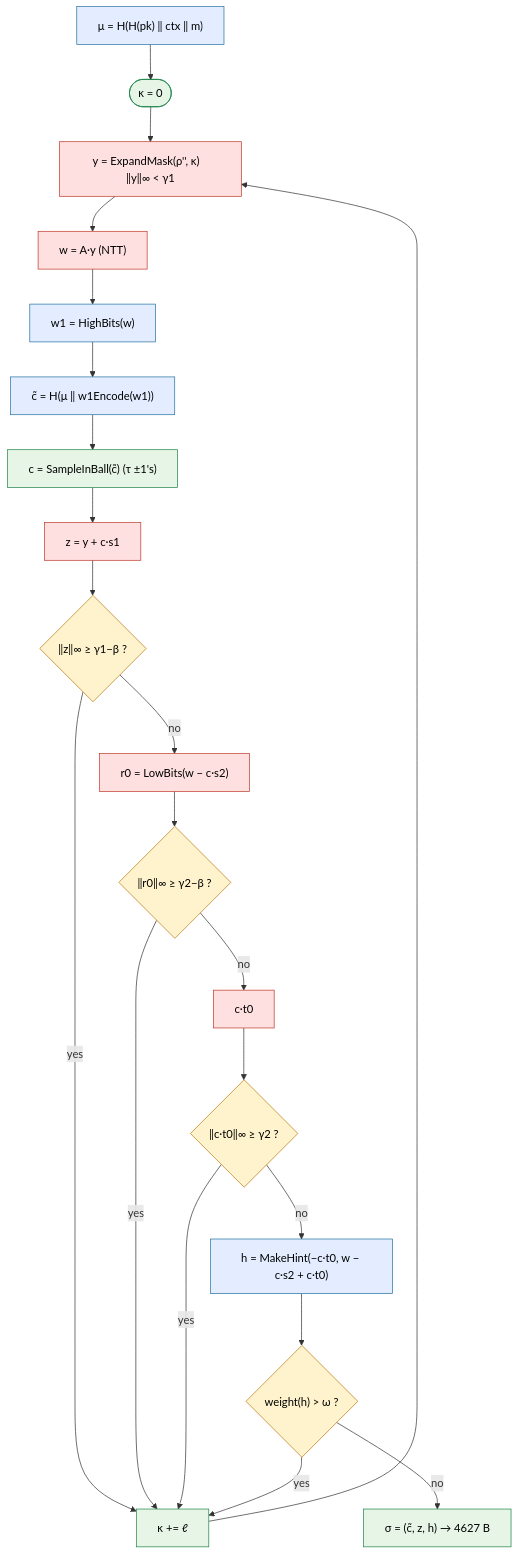
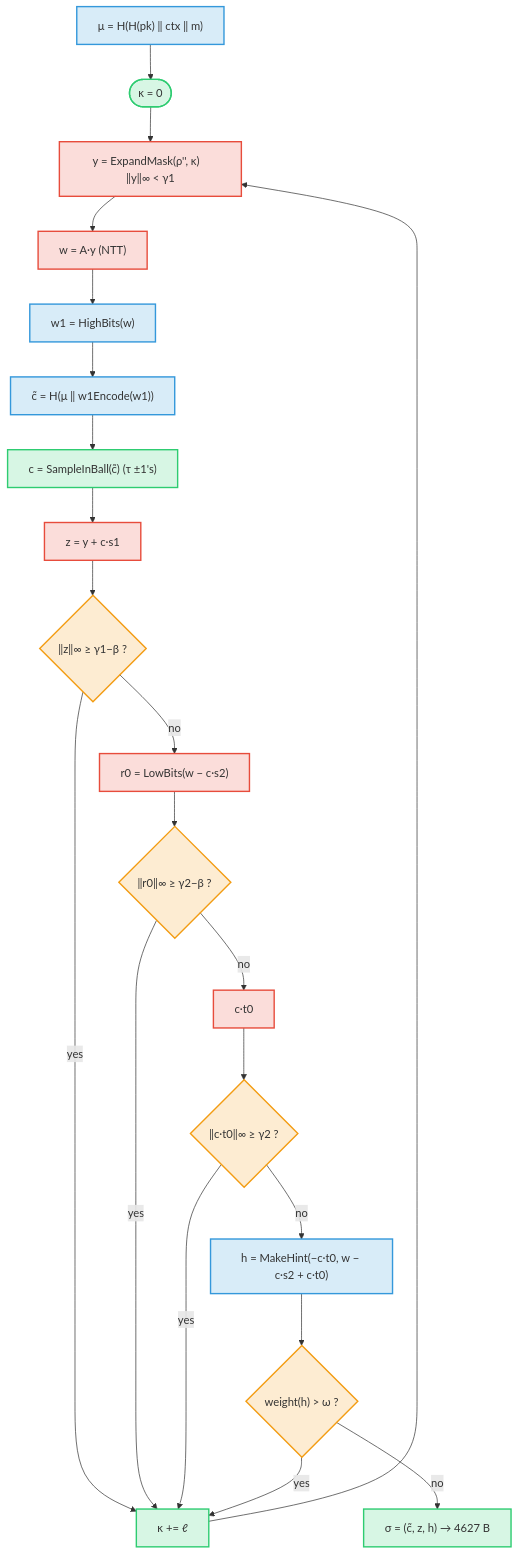
One commit to pq-cybarg/ml-adsa-site changed the fifth of 17 diagrams in docs/reference/41-visual-methods-and-security.md. Above: the diagram before and after it, drawn with Mermaid. The commit also changed other lines of this file, not shown here.

First line of the commit message:
docs(41): theme-adaptive Mermaid colors + 2x2 legend grid

````diff
--- a/docs/reference/41-visual-methods-and-security.md
+++ b/docs/reference/41-visual-methods-and-security.md
@@ -141,35 +146,35 @@
 ```mermaid
 flowchart TD
   msg["μ = H(H(pk) ‖ ctx ‖ m)"]:::derived
   start(["κ = 0"]):::public
   y["y = ExpandMask(ρ'', κ)   ‖y‖∞ < γ1"]:::secret
   w["w = A·y   (NTT)"]:::secret
   w1["w1 = HighBits(w)"]:::derived
   ct["c̃ = H(μ ‖ w1Encode(w1))"]:::derived
   c["c = SampleInBall(c̃)   (τ ±1's)"]:::public
   z["z = y + c·s1"]:::secret
   chkz{"‖z‖∞ ≥ γ1−β ?"}:::danger
   r0["r0 = LowBits(w − c·s2)"]:::secret
   chkr0{"‖r0‖∞ ≥ γ2−β ?"}:::danger
   ct0["c·t0"]:::secret
   chkct0{"‖c·t0‖∞ ≥ γ2 ?"}:::danger
   h["h = MakeHint(−c·t0, w − c·s2 + c·t0)"]:::derived
   chkh{"weight(h) > ω ?"}:::danger
   out["σ = (c̃, z, h)  → 4627 B"]:::public
   bump["κ += ℓ"]:::public
 
   msg --> start --> y --> w --> w1 --> ct --> c --> z --> chkz
   chkz -- yes --> bump
   chkz -- no --> r0 --> chkr0
   chkr0 -- yes --> bump
   chkr0 -- no --> ct0 --> chkct0
   chkct0 -- yes --> bump
   chkct0 -- no --> h --> chkh
   chkh -- yes --> bump
   chkh -- no --> out
   bump --> y
-  classDef secret fill:#ffe0e0,stroke:#c0392b,color:#000;
-  classDef public fill:#e6f5e6,stroke:#1e8449,color:#000;
-  classDef derived fill:#e3edff,stroke:#2471a3,color:#000;
-  classDef danger fill:#fff3cd,stroke:#b9770e,color:#000;
+  classDef secret fill:#e74c3c30,stroke:#e74c3c,stroke-width:2px;
+  classDef public fill:#2ecc7130,stroke:#2ecc71,stroke-width:2px;
+  classDef derived fill:#3498db30,stroke:#3498db,stroke-width:2px;
+  classDef danger fill:#f39c1230,stroke:#f39c12,stroke-width:2px;
 ```
````
